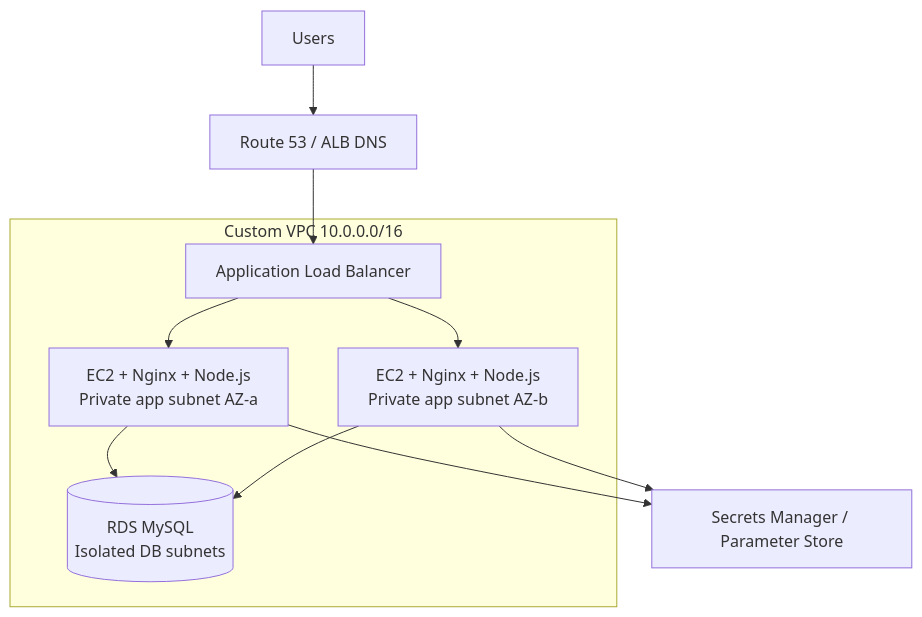
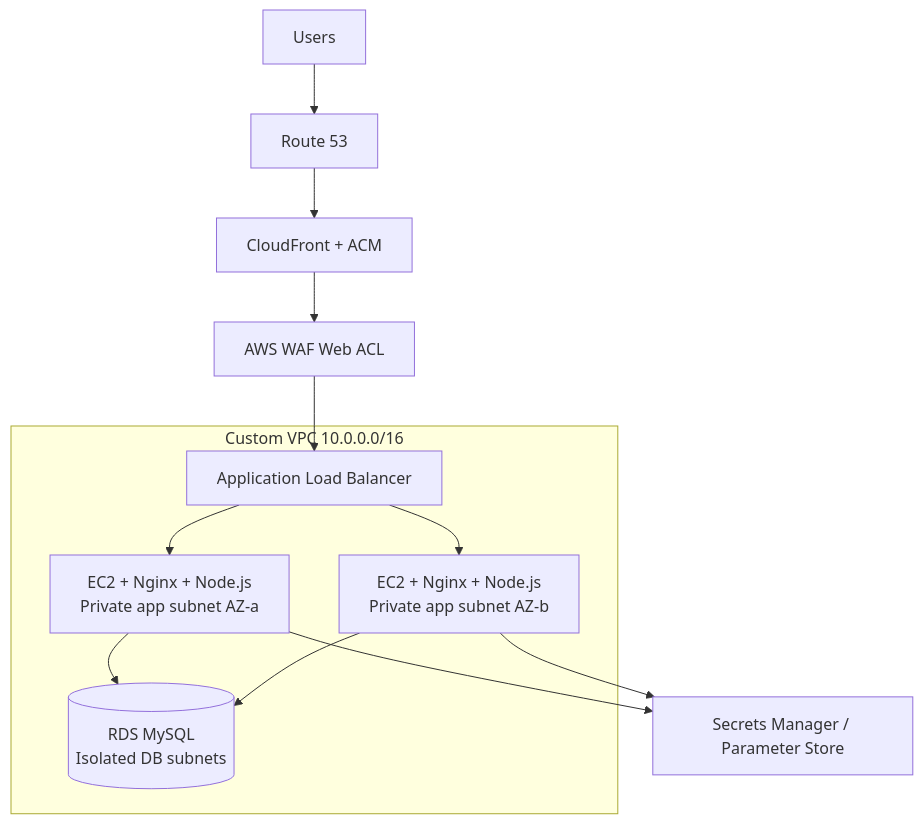
One commit to arulkumar27/AWS-Cloud-Projects changed the first of 2 diagrams in Project-02-Highly-Available-Ecommerce/README.md. Above: the diagram before and after it, drawn with Mermaid. The commit also changed other lines of this file, not shown here.

````diff
--- a/Project-02-Highly-Available-Ecommerce/README.md
+++ b/Project-02-Highly-Available-Ecommerce/README.md
@@ -44,13 +48,15 @@
 ```mermaid
 flowchart TD
-    U[Users] --> DNS[Route 53 / ALB DNS]
-    DNS --> ALB[Application Load Balancer]
+    U[Users] --> DNS[Route 53]
+    DNS --> CF[CloudFront + ACM]
+    CF --> WAF[AWS WAF Web ACL]
+    WAF --> ALB[Application Load Balancer]
     subgraph VPC[Custom VPC 10.0.0.0/16]
       ALB --> A1[EC2 + Nginx + Node.js\nPrivate app subnet AZ-a]
       ALB --> A2[EC2 + Nginx + Node.js\nPrivate app subnet AZ-b]
       A1 --> RDS[(RDS MySQL\nIsolated DB subnets)]
       A2 --> RDS
     end
     A1 --> SM[Secrets Manager / Parameter Store]
     A2 --> SM
 ```
````
